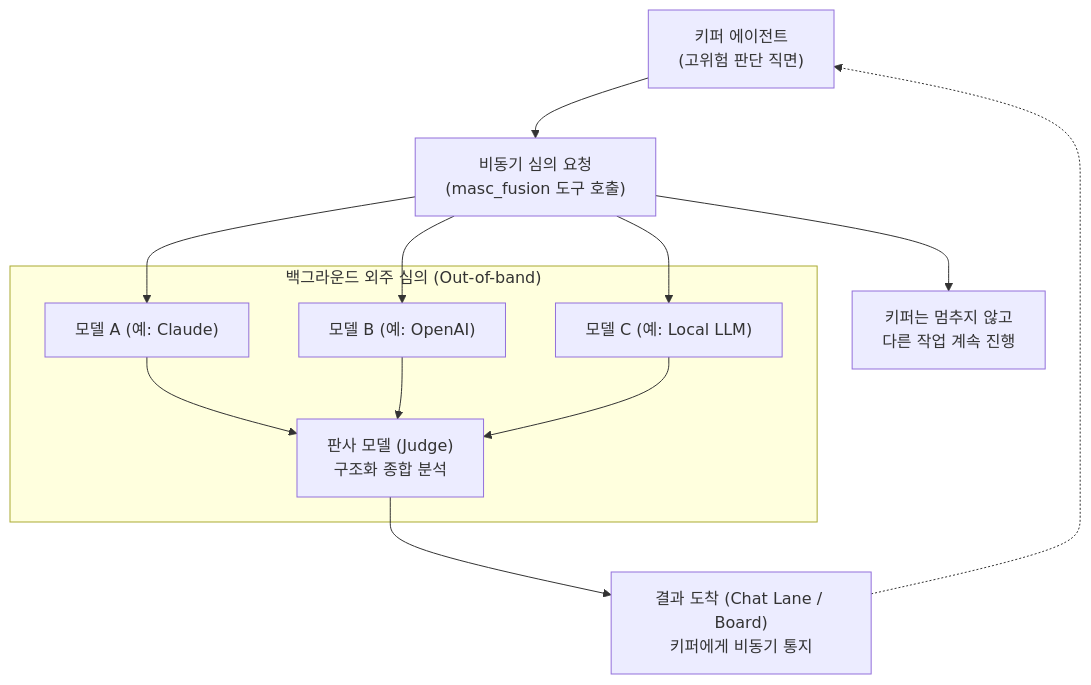
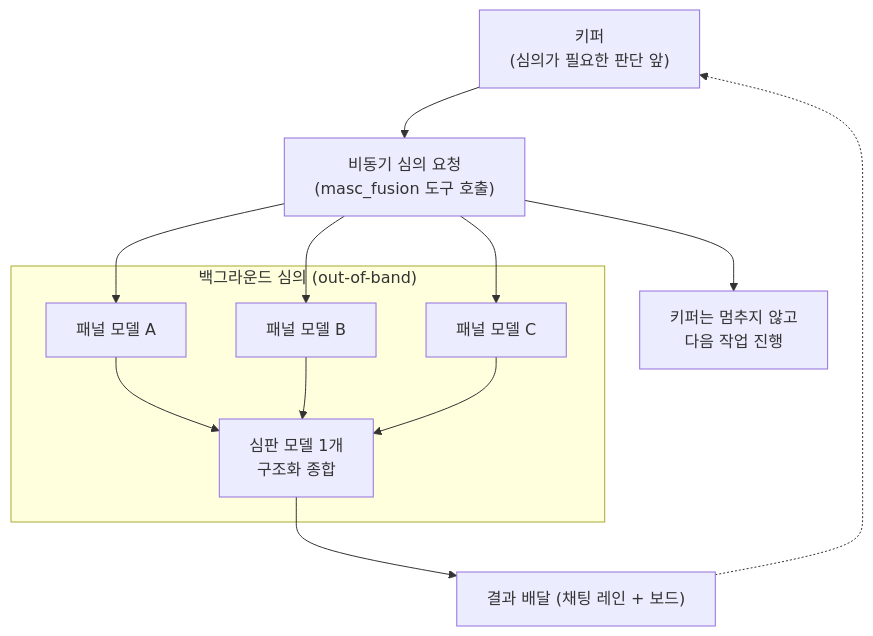
One commit to jeong-sik/masc changed the diagram in docs-site/src/content/docs/ko/architecture/fusion.md. Above: the diagram before and after it, drawn with Mermaid. The commit also changed other lines of this file and 17 other files, not shown here.

First line of the commit message:
docs(site): correct the architecture pages against the constitution and live code

````diff
--- a/docs-site/src/content/docs/ko/architecture/fusion.md
+++ b/docs-site/src/content/docs/ko/architecture/fusion.md
@@ -32,22 +29,22 @@
 ```mermaid
 flowchart TD
-    KEEPER["키퍼 에이전트<br/>(고위험 판단 직면)"]
+    KEEPER["키퍼<br/>(심의가 필요한 판단 앞)"]
     ASYNC["비동기 심의 요청<br/>(masc_fusion 도구 호출)"]
-    RESUME["키퍼는 멈추지 않고<br/>다른 작업 계속 진행"]
-    
-    subgraph OUT_OF_BAND ["백그라운드 외주 심의 (Out-of-band)"]
-        P1["모델 A (예: Claude)"]
-        P2["모델 B (예: OpenAI)"]
-        P3["모델 C (예: Local LLM)"]
-        JUDGE["판사 모델 (Judge)<br/>구조화 종합 분석"]
+    RESUME["키퍼는 멈추지 않고<br/>다음 작업 진행"]
+
+    subgraph OUT_OF_BAND ["백그라운드 심의 (out-of-band)"]
+        P1["패널 모델 A"]
+        P2["패널 모델 B"]
+        P3["패널 모델 C"]
+        JUDGE["심판 모델 1개<br/>구조화 종합"]
     end
-    
-    DELIVERY["결과 도착 (Chat Lane / Board)<br/>키퍼에게 비동기 통지"]
+
+    DELIVERY["결과 배달 (채팅 레인 + 보드)"]
 
     KEEPER --> ASYNC
     ASYNC --> RESUME
     ASYNC --> P1 & P2 & P3
     P1 & P2 & P3 --> JUDGE
     JUDGE --> DELIVERY
     DELIVERY -.-> KEEPER
 ```
````
